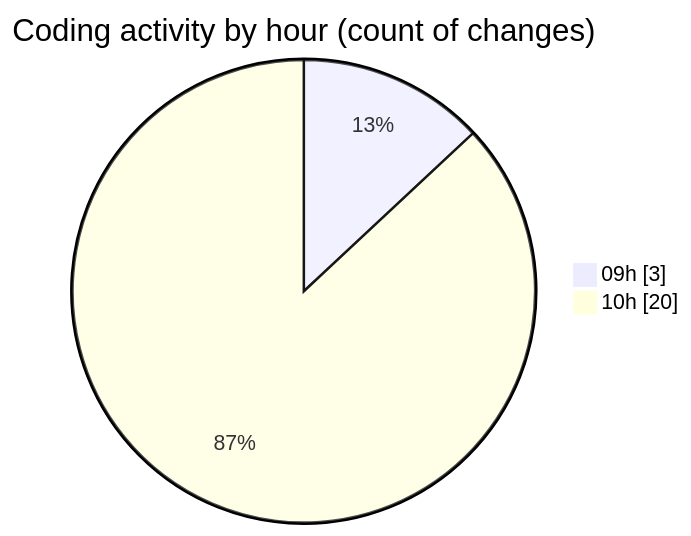
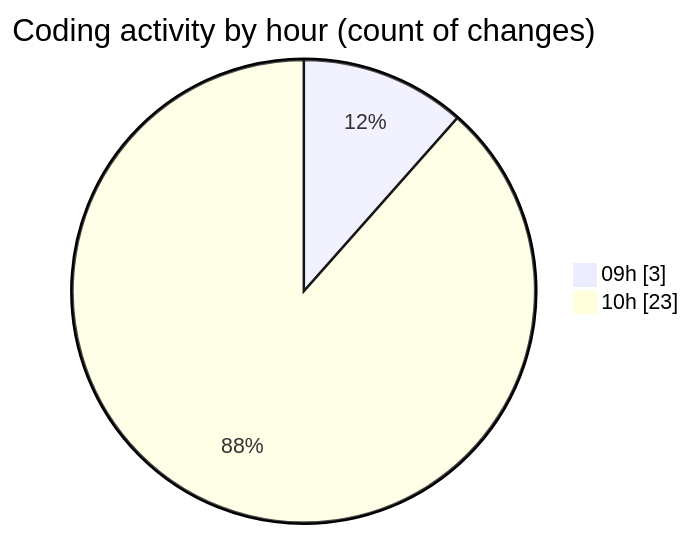
The second of 2 diagrams in 2025-05-19/ecodeli-1/README.md (CELIANVF/code-tracking), drawn with Mermaid before and after one commit. The commit also changed other lines of this file and 1 other file, not shown here.

````diff
--- a/2025-05-19/ecodeli-1/README.md
+++ b/2025-05-19/ecodeli-1/README.md
@@ -40,6 +42,6 @@
 ```mermaid
 pie showData
 title Coding activity by hour (count of changes)
 "09h" : 3
-"10h" : 20
+"10h" : 23
 ```
````
